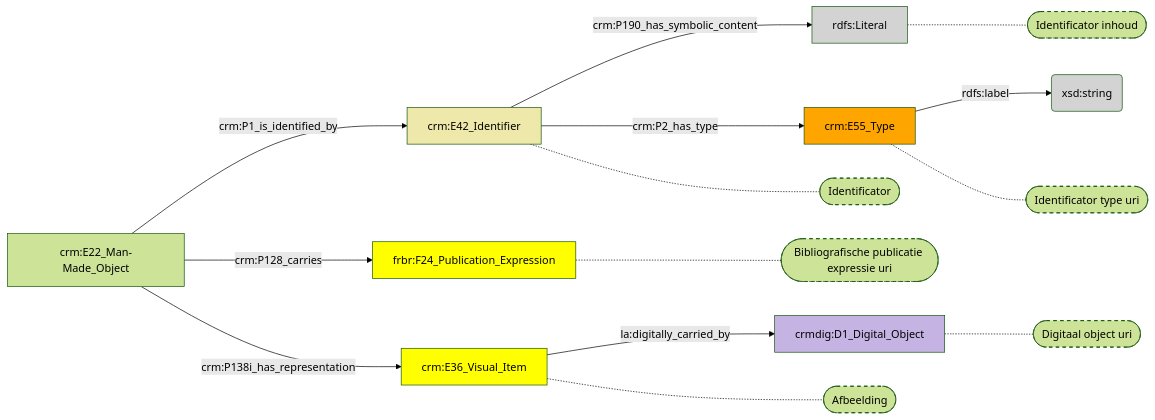
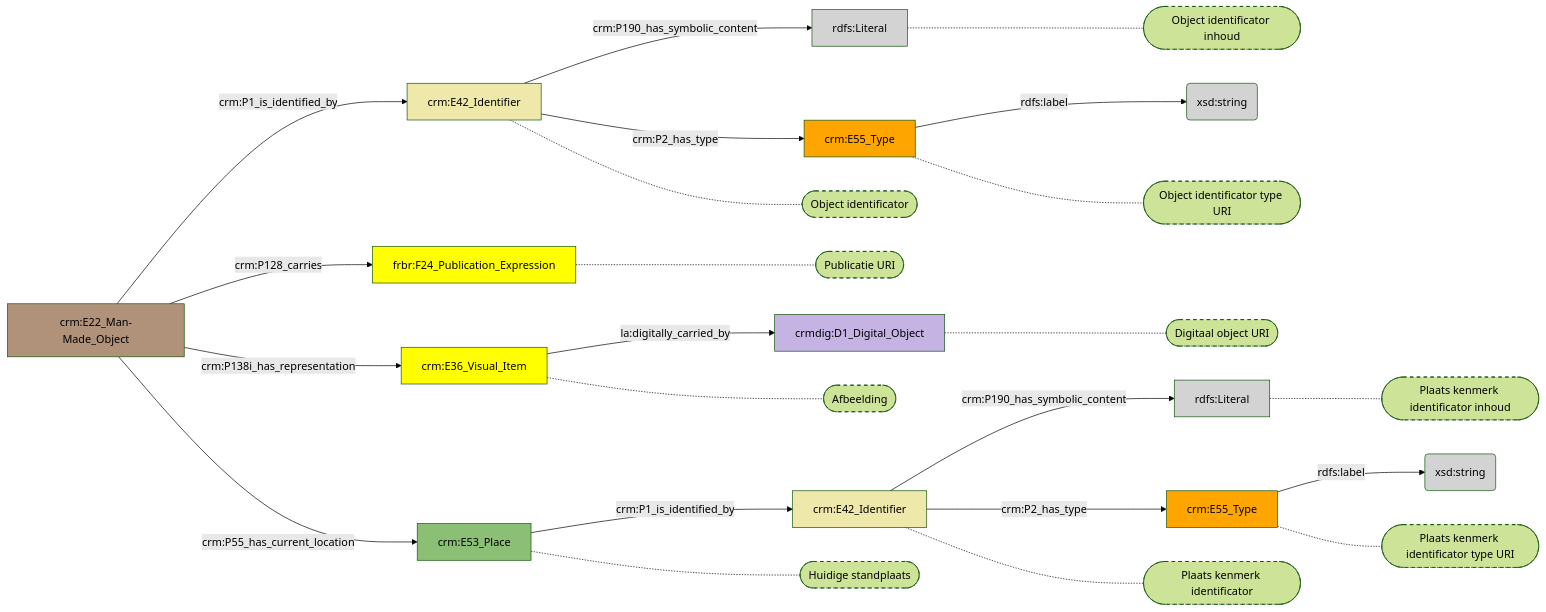
The diagram in docs/content/modellen/BibliographicalItem/Identificatie.md (digipolisantwerpdocumentation/antwerp-cultureel-erfgoed), drawn with Mermaid (forest theme) before and after one commit. The commit also changed 29 other files, not shown here.

````diff
--- a/docs/content/modellen/BibliographicalItem/Identificatie.md
+++ b/docs/content/modellen/BibliographicalItem/Identificatie.md
@@ -1,29 +1,48 @@
 ```mermaid
 graph LR
 31fafa48-df80-11ed-9064-00163e71351b["crm:E42_Identifier"]-->|"crm:P190_has_symbolic_content"|31faff2a-df80-11ed-9064-00163e71351b(rdfs:Literal)
 31fb00ec-df80-11ed-9064-00163e71351b["crm:E55_Type"]-->|"rdfs:label"|31fb051a-df80-11ed-9064-00163e71351b(xsd:string)
+d1f83454-62b4-11ee-a9ac-00163e71351b["crm:E42_Identifier"]-->|"crm:P190_has_symbolic_content"|d1f83922-62b4-11ee-a9ac-00163e71351b(rdfs:Literal)
+d1f83a1c-62b4-11ee-a9ac-00163e71351b["crm:E55_Type"]-->|"rdfs:label"|d1f837ec-62b4-11ee-a9ac-00163e71351b(xsd:string)
 099f196c-df80-11ed-9232-00163e71351b["crm:E22_Man-Made_Object"]-->|"crm:P1_is_identified_by"|31fafa48-df80-11ed-9064-00163e71351b["crm:E42_Identifier"]
 099f196c-df80-11ed-9232-00163e71351b["crm:E22_Man-Made_Object"]-->|"crm:P128_carries"|0e6665b8-e435-11ed-9655-00163e71351b["frbr:F24_Publication_Expression"]
 099f196c-df80-11ed-9232-00163e71351b["crm:E22_Man-Made_Object"]-->|"crm:P138i_has_representation"|643c66b8-df80-11ed-9655-00163e71351b["crm:E36_Visual_Item"]
+099f196c-df80-11ed-9232-00163e71351b["crm:E22_Man-Made_Object"]-->|"crm:P55_has_current_location"|3d7e5e70-ed7f-11ed-9064-00163e71351b["crm:E53_Place"]
 31fafa48-df80-11ed-9064-00163e71351b["crm:E42_Identifier"]-->|"crm:P2_has_type"|31fb00ec-df80-11ed-9064-00163e71351b["crm:E55_Type"]
+3d7e5e70-ed7f-11ed-9064-00163e71351b["crm:E53_Place"]-->|"crm:P1_is_identified_by"|d1f83454-62b4-11ee-a9ac-00163e71351b["crm:E42_Identifier"]
 643c66b8-df80-11ed-9655-00163e71351b["crm:E36_Visual_Item"]-->|"la:digitally_carried_by"|643c6a00-df80-11ed-9655-00163e71351b["crmdig:D1_Digital_Object"]
-31fafa48-df80-11ed-9064-00163e71351b["crm:E42_Identifier"]-.-31fafa48-df80-11ed-9064-00163e71351b_s(["Identificator"])
-0e6665b8-e435-11ed-9655-00163e71351b["frbr:F24_Publication_Expression"]-.-0e6665b8-e435-11ed-9655-00163e71351b_s(["Bibliografische publicatie expressie uri"])
+d1f83454-62b4-11ee-a9ac-00163e71351b["crm:E42_Identifier"]-->|"crm:P2_has_type"|d1f83a1c-62b4-11ee-a9ac-00163e71351b["crm:E55_Type"]
+31fafa48-df80-11ed-9064-00163e71351b["crm:E42_Identifier"]-.-31fafa48-df80-11ed-9064-00163e71351b_s(["Object identificator"])
+0e6665b8-e435-11ed-9655-00163e71351b["frbr:F24_Publication_Expression"]-.-0e6665b8-e435-11ed-9655-00163e71351b_s(["Publicatie URI"])
 643c66b8-df80-11ed-9655-00163e71351b["crm:E36_Visual_Item"]-.-643c66b8-df80-11ed-9655-00163e71351b_s(["Afbeelding"])
-31faff2a-df80-11ed-9064-00163e71351b["rdfs:Literal"]-.-31faff2a-df80-11ed-9064-00163e71351b_s(["Identificator inhoud"])
-31fb00ec-df80-11ed-9064-00163e71351b["crm:E55_Type"]-.-31fb00ec-df80-11ed-9064-00163e71351b_s(["Identificator type uri"])
-643c6a00-df80-11ed-9655-00163e71351b["crmdig:D1_Digital_Object"]-.-643c6a00-df80-11ed-9655-00163e71351b_s(["Digitaal object uri"])
+3d7e5e70-ed7f-11ed-9064-00163e71351b["crm:E53_Place"]-.-3d7e5e70-ed7f-11ed-9064-00163e71351b_s(["Huidige standplaats"])
+31faff2a-df80-11ed-9064-00163e71351b["rdfs:Literal"]-.-31faff2a-df80-11ed-9064-00163e71351b_s(["Object identificator inhoud"])
+31fb00ec-df80-11ed-9064-00163e71351b["crm:E55_Type"]-.-31fb00ec-df80-11ed-9064-00163e71351b_s(["Object identificator type URI"])
+d1f83454-62b4-11ee-a9ac-00163e71351b["crm:E42_Identifier"]-.-d1f83454-62b4-11ee-a9ac-00163e71351b_s(["Plaats kenmerk identificator"])
+643c6a00-df80-11ed-9655-00163e71351b["crmdig:D1_Digital_Object"]-.-643c6a00-df80-11ed-9655-00163e71351b_s(["Digitaal object URI"])
+d1f83922-62b4-11ee-a9ac-00163e71351b["rdfs:Literal"]-.-d1f83922-62b4-11ee-a9ac-00163e71351b_s(["Plaats kenmerk identificator inhoud"])
+d1f83a1c-62b4-11ee-a9ac-00163e71351b["crm:E55_Type"]-.-d1f83a1c-62b4-11ee-a9ac-00163e71351b_s(["Plaats kenmerk identificator type URI"])
 style 31fafa48-df80-11ed-9064-00163e71351b_s stroke-dasharray: 5
 style 0e6665b8-e435-11ed-9655-00163e71351b_s stroke-dasharray: 5
 style 643c66b8-df80-11ed-9655-00163e71351b_s stroke-dasharray: 5
+style 3d7e5e70-ed7f-11ed-9064-00163e71351b_s stroke-dasharray: 5
 style 31faff2a-df80-11ed-9064-00163e71351b_s stroke-dasharray: 5
 style 31fb00ec-df80-11ed-9064-00163e71351b_s stroke-dasharray: 5
+style d1f83454-62b4-11ee-a9ac-00163e71351b_s stroke-dasharray: 5
 style 643c6a00-df80-11ed-9655-00163e71351b_s stroke-dasharray: 5
+style d1f83922-62b4-11ee-a9ac-00163e71351b_s stroke-dasharray: 5
+style d1f83a1c-62b4-11ee-a9ac-00163e71351b_s stroke-dasharray: 5
+style 099f196c-df80-11ed-9232-00163e71351b fill:#B0927A
 style 0e6665b8-e435-11ed-9655-00163e71351b fill:#ffff00
 style 31fafa48-df80-11ed-9064-00163e71351b fill:#EEE8AA
 style 31faff2a-df80-11ed-9064-00163e71351b fill:#D3D3D3
 style 31fb00ec-df80-11ed-9064-00163e71351b fill:#ffa500
 style 31fb051a-df80-11ed-9064-00163e71351b fill:#D3D3D3
+style 3d7e5e70-ed7f-11ed-9064-00163e71351b fill:#8CBF76
 style 643c66b8-df80-11ed-9655-00163e71351b fill:#ffff00
 style 643c6a00-df80-11ed-9655-00163e71351b fill:#C5B4E3
+style d1f83454-62b4-11ee-a9ac-00163e71351b fill:#EEE8AA
+style d1f837ec-62b4-11ee-a9ac-00163e71351b fill:#D3D3D3
+style d1f83922-62b4-11ee-a9ac-00163e71351b fill:#D3D3D3
+style d1f83a1c-62b4-11ee-a9ac-00163e71351b fill:#ffa500
 ```
````
